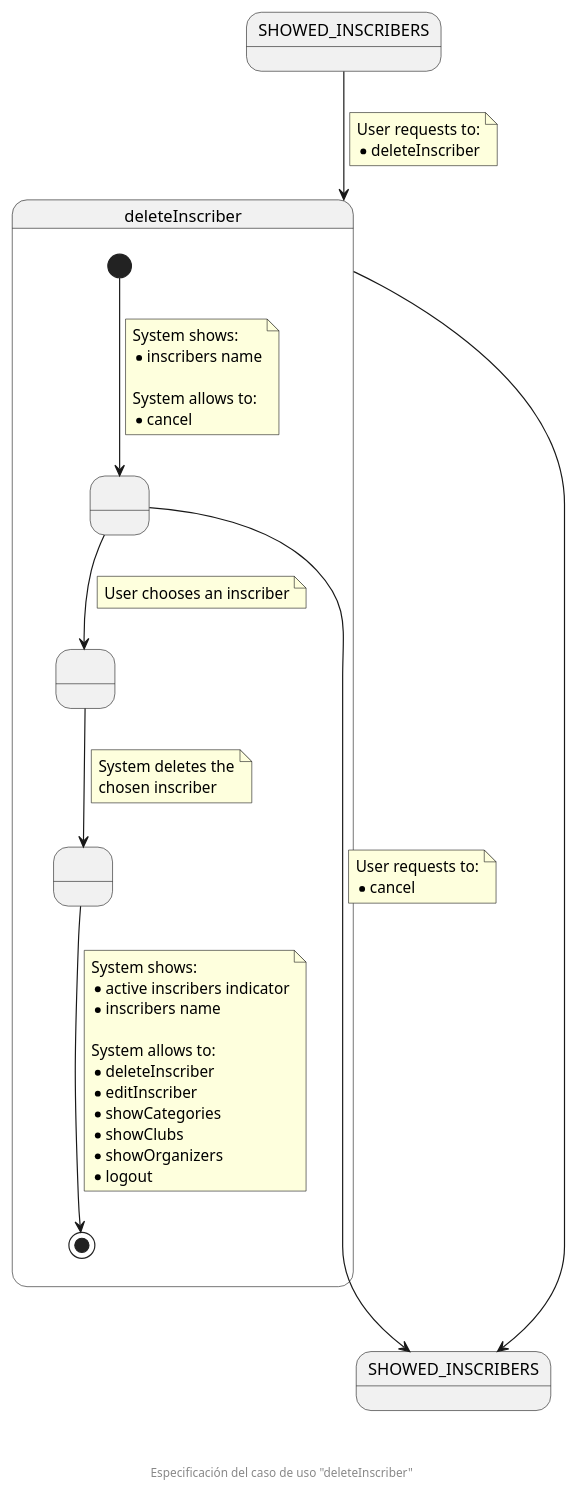
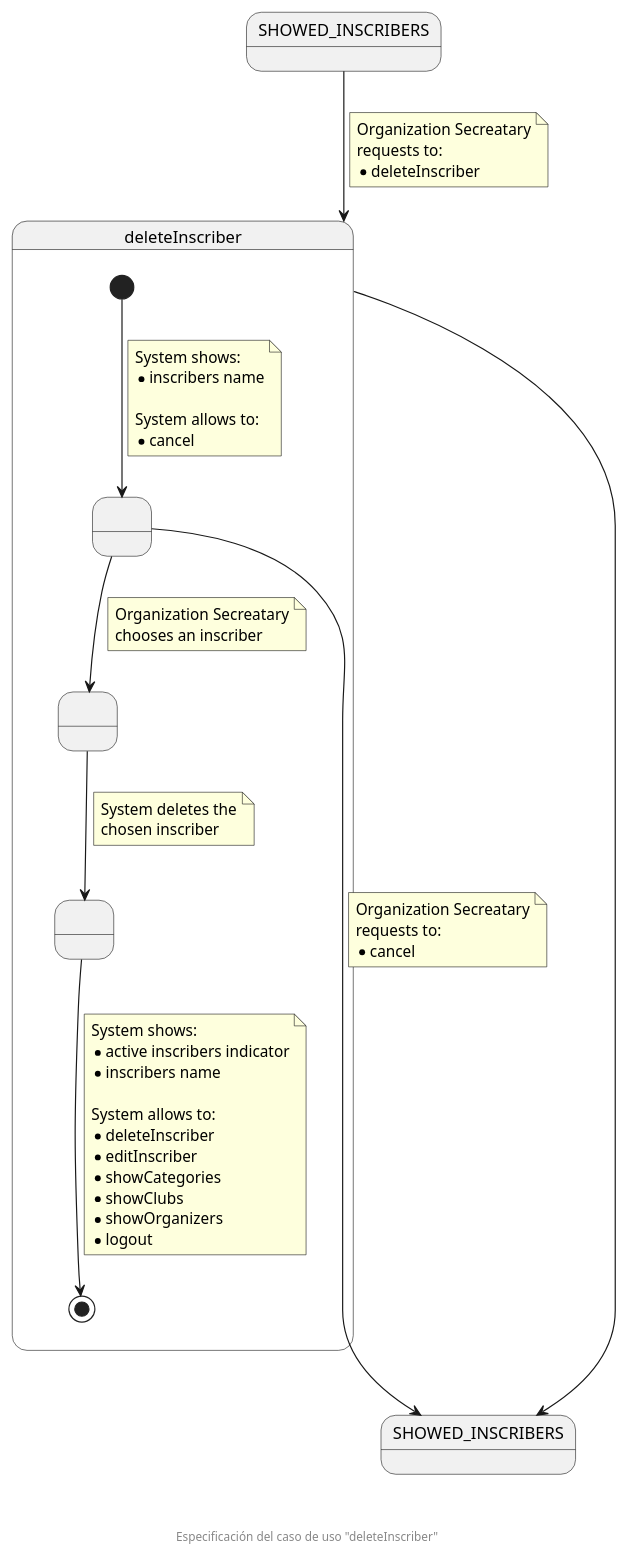
The diagram in documentation/diagrams/1_requirements/3_useCasesSpecification/organizationSecretary/11_deleteInscriber.puml (zuldare/mastercloud_pfm_halterocms), drawn with PlantUML before and after one commit. The commit also changed 11 other files, not shown here.

Commit message:
docs: improve use cases specification diagrams

```diff
--- a/documentation/diagrams/1_requirements/3_useCasesSpecification/organizationSecretary/11_deleteInscriber.puml
+++ b/documentation/diagrams/1_requirements/3_useCasesSpecification/organizationSecretary/11_deleteInscriber.puml
@@ -1,60 +1,63 @@
 @startuml
 state SHOWED_INSCRIBERS
 state "SHOWED_INSCRIBERS" as SHOWED_INSCRIBERS_F
 state deleteInscriber {
   state " " as SHOWED_INSCRIBERS_TO_BE_DELETED
   state " " as CHOSEN_INSCRIBER
   state " " as INSCRIBER_DELETED
 
   [*] --> SHOWED_INSCRIBERS_TO_BE_DELETED
   note on link
     System shows:
     * inscribers name
 
     System allows to:
     * cancel
   end note
   
   SHOWED_INSCRIBERS_TO_BE_DELETED --> CHOSEN_INSCRIBER
   note on link
-    User chooses an inscriber
+    Organization Secreatary
+    chooses an inscriber
   end note
 
   SHOWED_INSCRIBERS_TO_BE_DELETED -down-> SHOWED_INSCRIBERS_F
   note on link
-    User requests to:
+    Organization Secreatary
+    requests to:
     * cancel
   end note
 
   CHOSEN_INSCRIBER --> INSCRIBER_DELETED
   note on link
     System deletes the
     chosen inscriber
   end note
 
   INSCRIBER_DELETED --> [*]
   note on link
     System shows:
     * active inscribers indicator
     * inscribers name
 
     System allows to:
     * deleteInscriber
     * editInscriber
     * showCategories
     * showClubs
     * showOrganizers
     * logout
   end note
 }
 
 SHOWED_INSCRIBERS --> deleteInscriber
 note on link
-  User requests to:
+  Organization Secreatary
+  requests to:
   * deleteInscriber
 end note
 
 deleteInscriber ------> SHOWED_INSCRIBERS_F
 
 footer \n\n\n Especificación del caso de uso "deleteInscriber"
 @enduml
```
